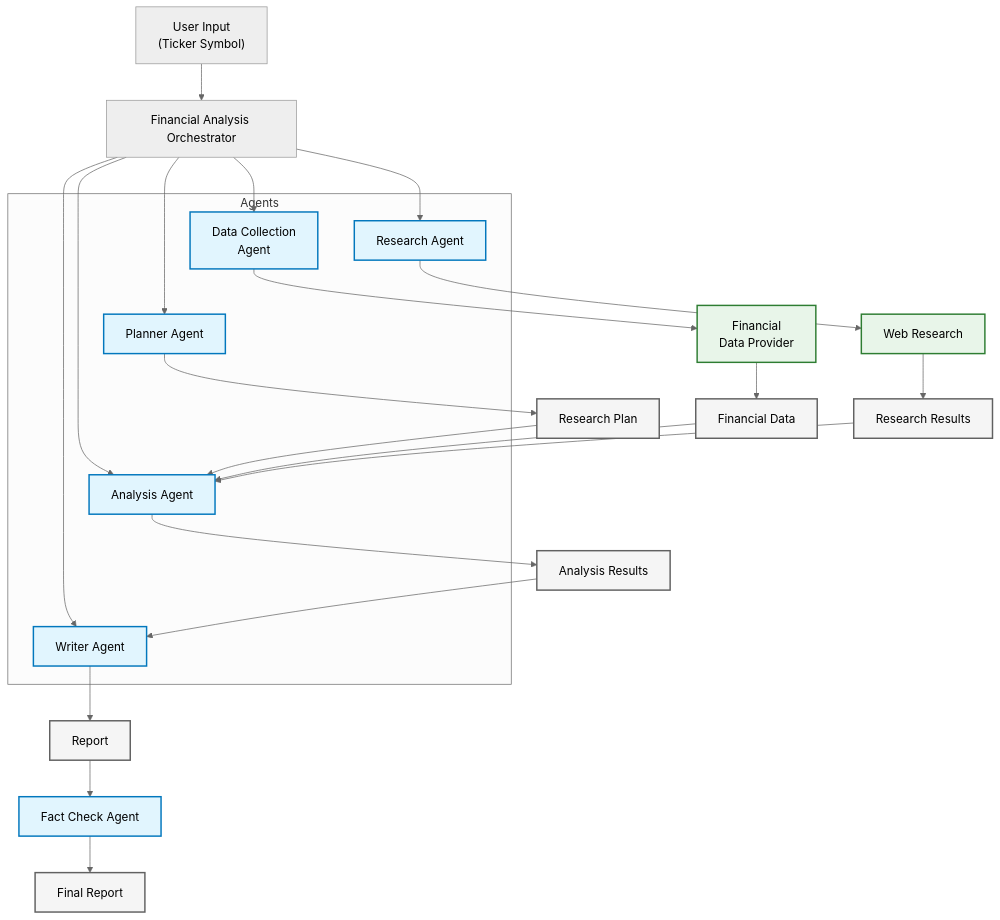
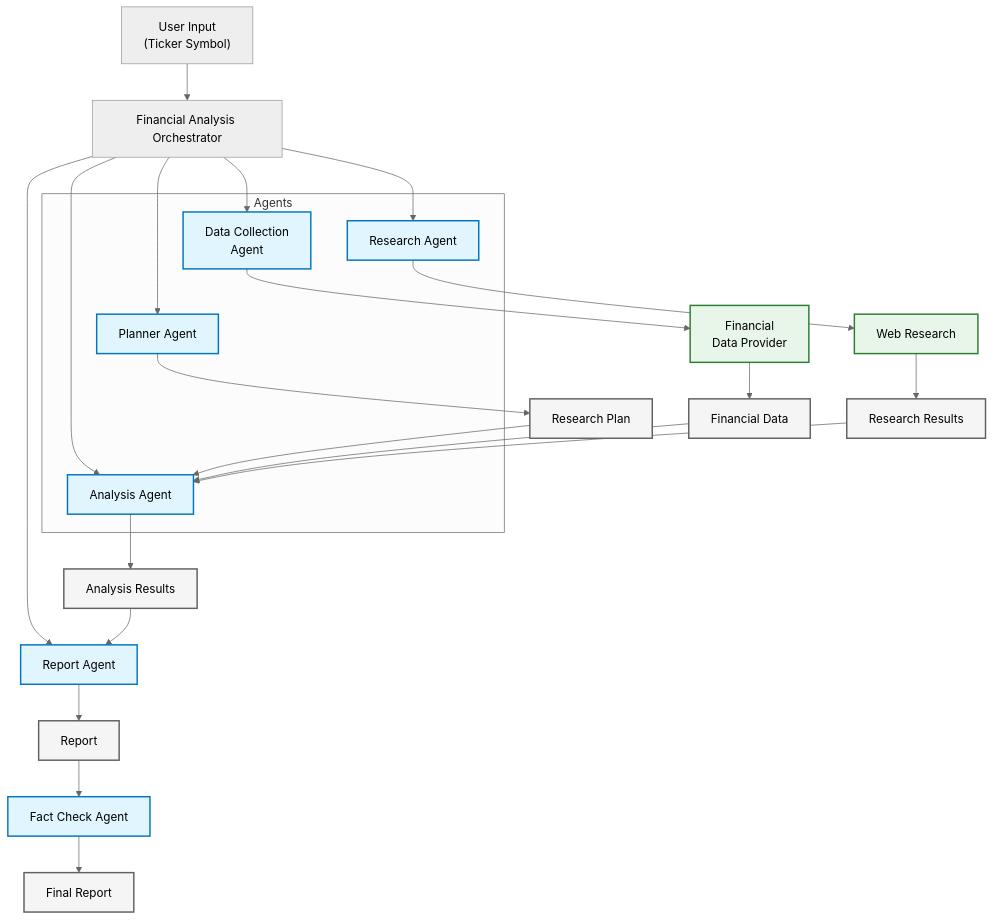
One commit to tan-yong-sheng/financial-analysis-agent changed the diagram in docs/architecture.md. Above: the diagram before and after it, drawn with Mermaid (neutral theme). The commit also changed other lines of this file and 60 other files, not shown here.

````diff
--- a/docs/architecture.md
+++ b/docs/architecture.md
@@ -7,67 +7,66 @@
 ```mermaid
 graph TB
     %% Define styles
     classDef agent fill:#E1F5FE,stroke:#0277BD,stroke-width:2px;
     classDef tool fill:#E8F5E9,stroke:#2E7D32,stroke-width:2px;
     classDef data fill:#F5F5F5,stroke:#616161,stroke-width:2px;
 
     %% User Input
     UserInput["User Input<br/>(Ticker Symbol)"]
 
     %% Orchestrator
     Orchestrator["Financial Analysis Orchestrator"]
     
     %% Agents
     PlannerAgent["Planner Agent"]:::agent
     DataCollectionAgent["Data Collection<br/>Agent"]:::agent
     ResearchAgent["Research Agent"]:::agent
     AnalysisAgent["Analysis Agent"]:::agent
-    WriterAgent["Writer Agent"]:::agent
+    ReportAgent["Report Agent"]:::agent
     FactCheckAgent["Fact Check Agent"]:::agent
     
     %% Tools
     FinancialProvider["Financial<br/>Data Provider"]:::tool
     WebResearch["Web Research"]:::tool
     
     %% Data
     ResearchPlan["Research Plan"]:::data
     FinancialData["Financial Data"]:::data
     ResearchResults["Research Results"]:::data
     AnalysisResults["Analysis Results"]:::data
     Report["Report"]:::data
     FinalReport["Final Report"]:::data
 
     %% Flow
     UserInput --> Orchestrator
     Orchestrator --> PlannerAgent
     Orchestrator --> DataCollectionAgent
     Orchestrator --> ResearchAgent
     Orchestrator --> AnalysisAgent
-    Orchestrator --> WriterAgent
+    Orchestrator --> ReportAgent
     
     PlannerAgent --> ResearchPlan
     
     DataCollectionAgent --> FinancialProvider
     FinancialProvider --> FinancialData
     
     ResearchAgent --> WebResearch
     WebResearch --> ResearchResults
     
     ResearchPlan --> AnalysisAgent
     FinancialData --> AnalysisAgent
     ResearchResults --> AnalysisAgent
     AnalysisAgent --> AnalysisResults
-    AnalysisResults --> WriterAgent
-    WriterAgent --> Report
+    AnalysisResults --> ReportAgent
+    ReportAgent --> Report
     Report --> FactCheckAgent
     FactCheckAgent --> FinalReport
 
     %% Add subgraph for visual grouping
     subgraph Agents
         PlannerAgent
         DataCollectionAgent
         ResearchAgent
         AnalysisAgent
-        WriterAgent
     end
 ```
````
